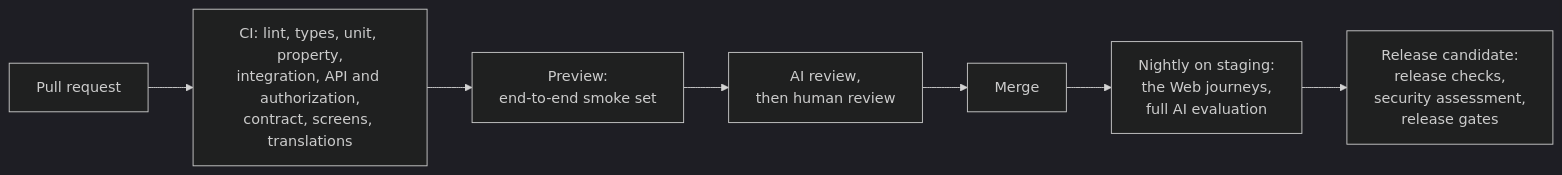
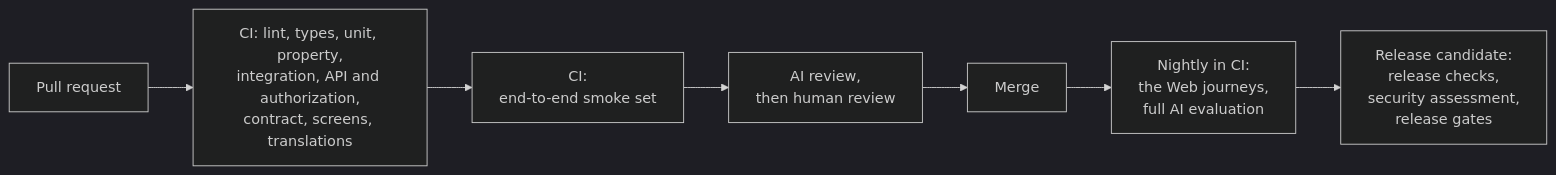
One commit to huynguyennang-agilityio/tripmate-docs changed the diagram in docs/test-strategy.md. Above: the diagram before and after it, drawn with Mermaid (dark theme). The commit also changed other lines of this file and 4 other files, not shown here.

````diff
--- a/docs/test-strategy.md
+++ b/docs/test-strategy.md
@@ -108,9 +111,9 @@
 ```mermaid
 flowchart LR
     PR["Pull request"] --> CI["CI: lint, types, unit, property,<br/>integration, API and authorization,<br/>contract, screens, translations"]
-    CI --> PV["Preview:<br/>end-to-end smoke set"]
+    CI --> PV["CI:<br/>end-to-end smoke set"]
     PV --> RV["AI review,<br/>then human review"]
     RV --> MG["Merge"]
-    MG --> NT["Nightly on staging:<br/>the Web journeys,<br/>full AI evaluation"]
+    MG --> NT["Nightly in CI:<br/>the Web journeys,<br/>full AI evaluation"]
     NT --> RC["Release candidate:<br/>release checks,<br/>security assessment,<br/>release gates"]
 ```
````
